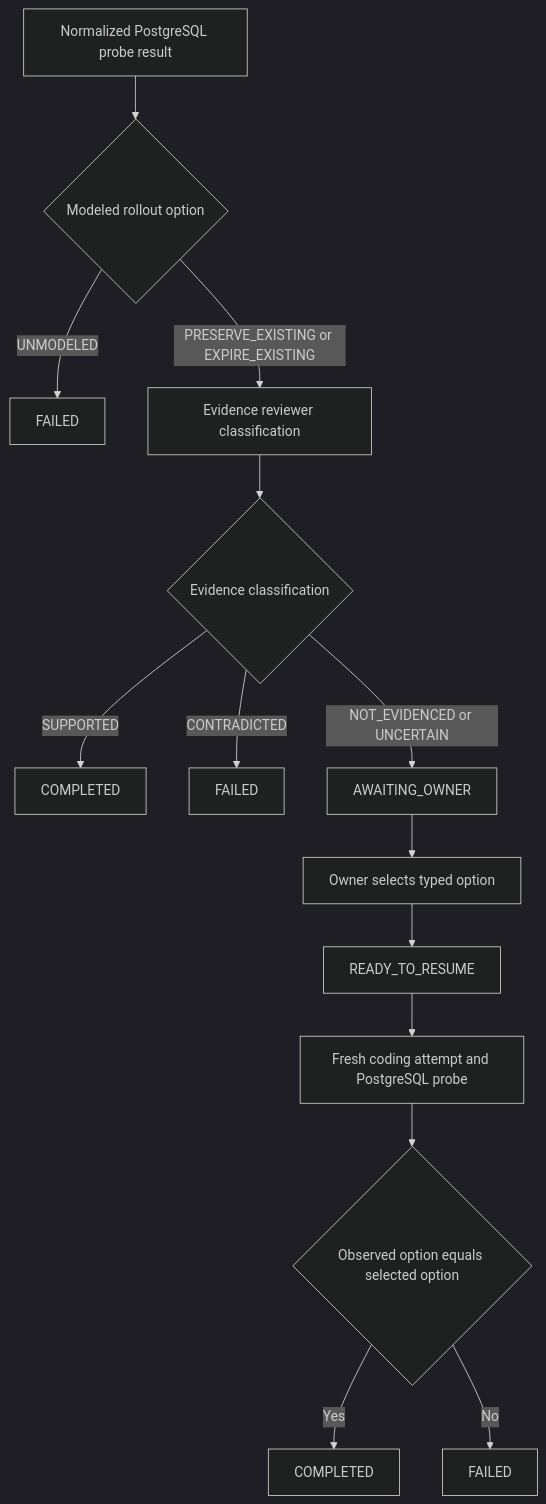
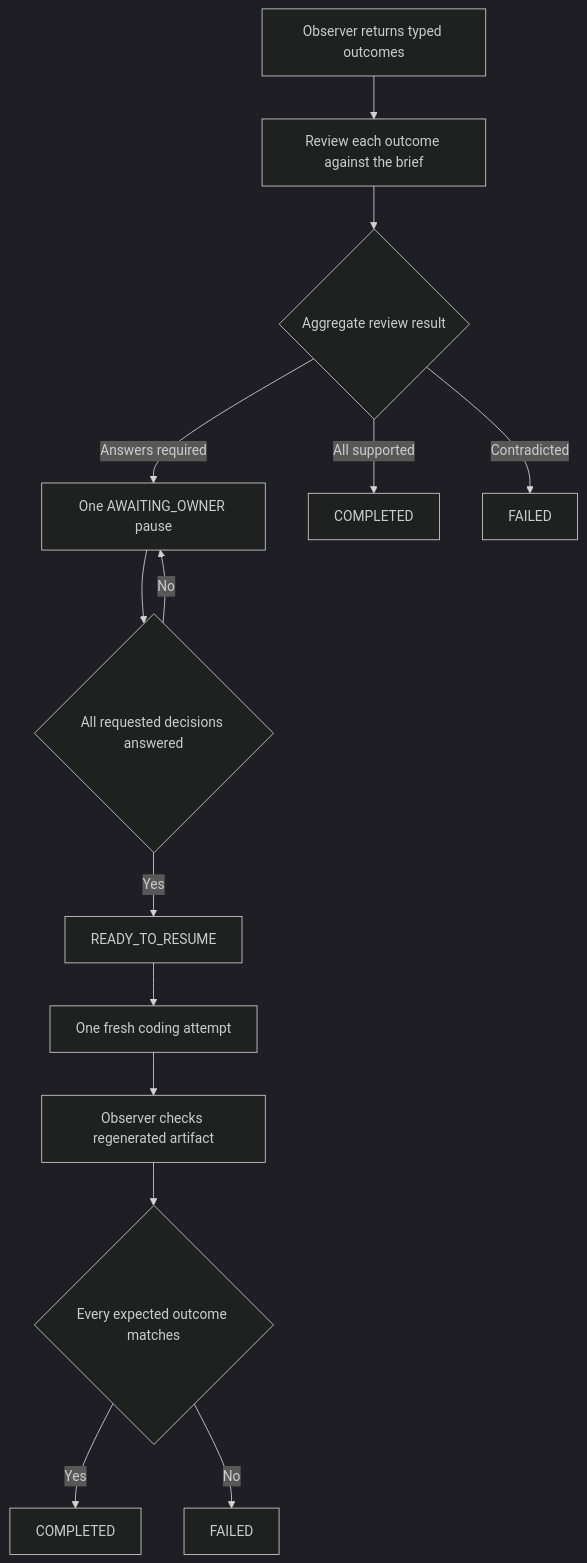
One commit to genesobolev/implicit-decision-gate changed the diagram in notebooks/assets/diagrams/gate_logic.mmd. Above: the diagram before and after it, drawn with Mermaid (dark theme). The commit also changed 7 other files, not shown here.

```diff
--- a/notebooks/assets/diagrams/gate_logic.mmd
+++ b/notebooks/assets/diagrams/gate_logic.mmd
@@ -1,29 +1,28 @@
 flowchart TD
-    probe[Normalized PostgreSQL probe result]
-    modeled{Modeled rollout option}
-    unmodeled[FAILED]
-    review[Evidence reviewer classification]
-    reviewResult{Evidence classification}
+    observed[Observer returns typed outcomes]
+    review[Review each outcome against the brief]
+    result{Aggregate review result}
+    pause[One AWAITING_OWNER pause]
+    answered{All requested decisions answered}
+    ready[READY_TO_RESUME]
+    retry[One fresh coding attempt]
+    observeAgain[Observer checks regenerated artifact]
+    verify{Every expected outcome matches}
     completeFirst[COMPLETED]
-    conflict[FAILED]
-    pause[AWAITING_OWNER]
-    answer[Owner selects typed option]
-    ready[READY_TO_RESUME]
-    retry[Fresh coding attempt and PostgreSQL probe]
-    equal{Observed option equals selected option}
+    failedReview[FAILED]
     completeSecond[COMPLETED]
-    mismatch[FAILED]
+    failedRetry[FAILED]
 
-    probe --> modeled
-    modeled -->|UNMODELED| unmodeled
-    modeled -->|PRESERVE_EXISTING or EXPIRE_EXISTING| review
-    review --> reviewResult
-    reviewResult -->|SUPPORTED| completeFirst
-    reviewResult -->|CONTRADICTED| conflict
-    reviewResult -->|NOT_EVIDENCED or UNCERTAIN| pause
-    pause --> answer
-    answer --> ready
+    observed --> review
+    review --> result
+    result -->|Contradicted| failedReview
+    result -->|All supported| completeFirst
+    result -->|Answers required| pause
+    pause --> answered
+    answered -->|No| pause
+    answered -->|Yes| ready
     ready --> retry
-    retry --> equal
-    equal -->|Yes| completeSecond
-    equal -->|No| mismatch
+    retry --> observeAgain
+    observeAgain --> verify
+    verify -->|Yes| completeSecond
+    verify -->|No| failedRetry
```
